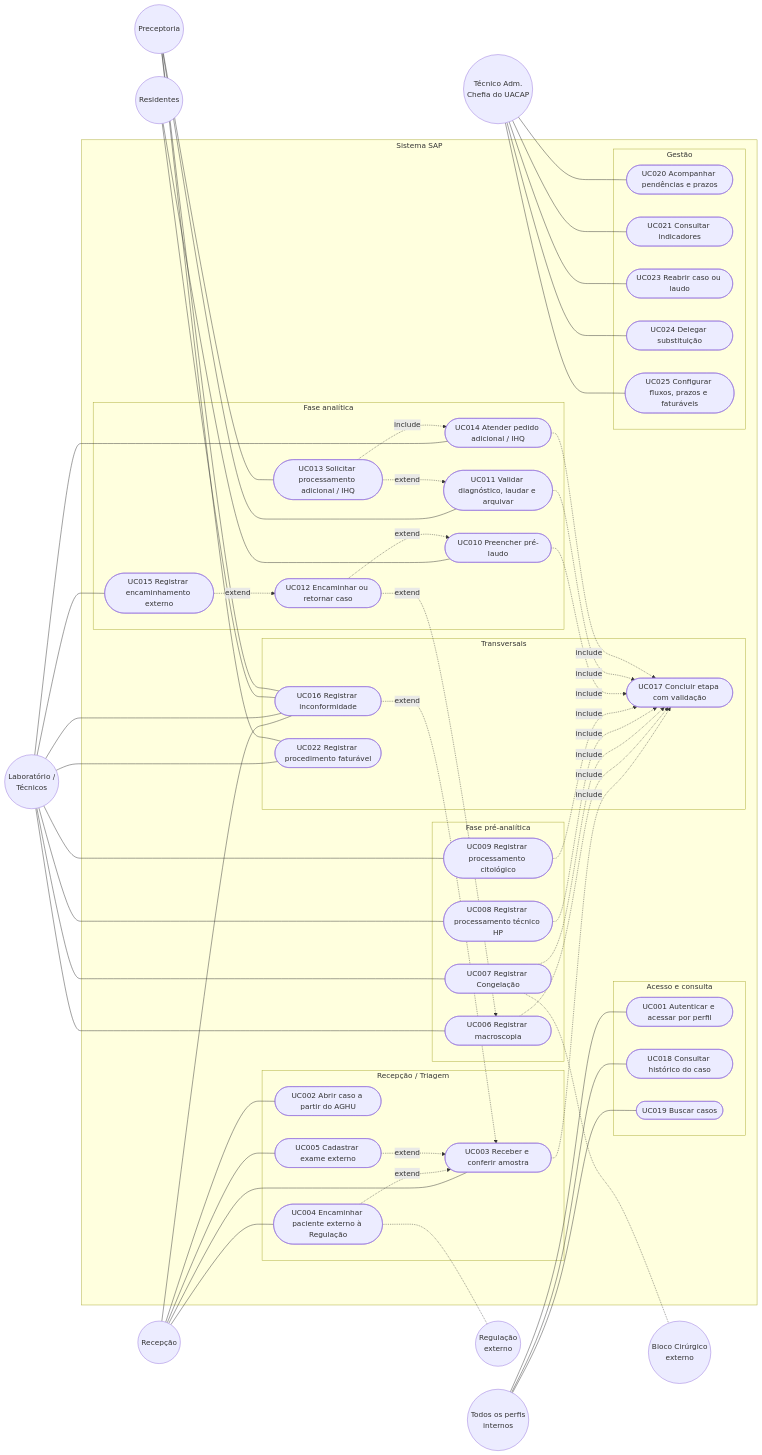
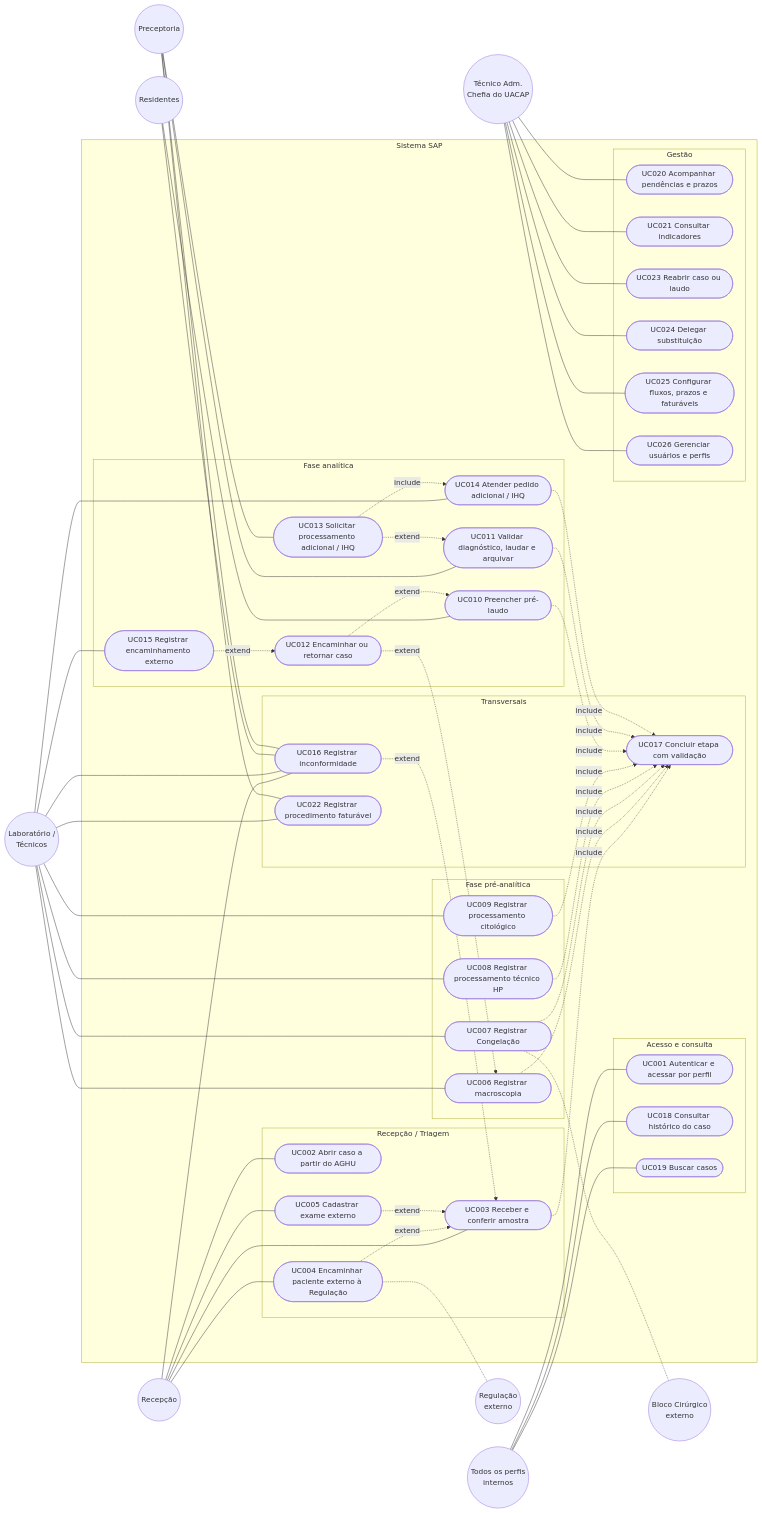
Before and after one commit to LuizMiguelfs/sistema-anatomia-patologica: the diagram in docs/especificacao/03-casos-uso.md, drawn with Mermaid. The commit also changed other lines of this file and 8 other files, not shown here.

```diff
--- a/docs/especificacao/03-casos-uso.md
+++ b/docs/especificacao/03-casos-uso.md
@@ -73,6 +73,7 @@
             UC023(["UC023 Reabrir caso ou laudo"])
             UC024(["UC024 Delegar substituição"])
             UC025(["UC025 Configurar fluxos, prazos e faturáveis"])
+            UC026(["UC026 Gerenciar usuários e perfis"])
         end
     end
 
@@ -109,6 +110,7 @@
     CHE --- UC023
     CHE --- UC024
     CHE --- UC025
+    CHE --- UC026
 
     UC004 -.- REG
     UC007 -.- BLO
```
